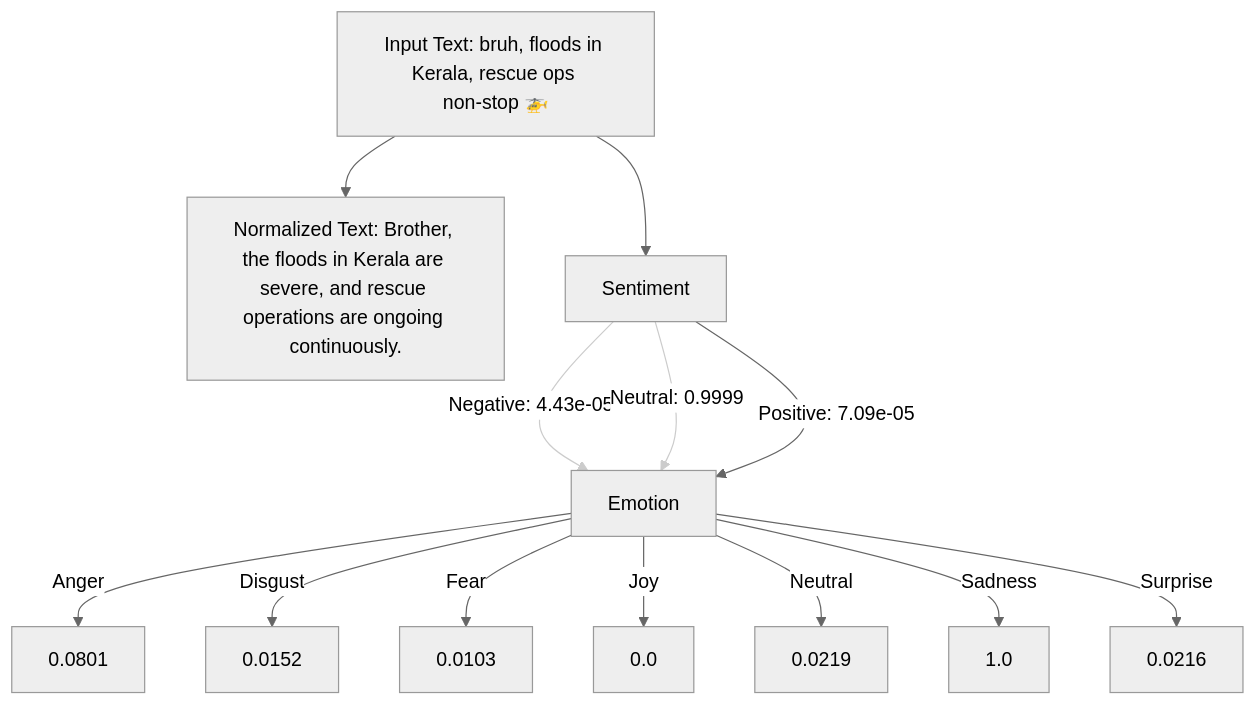
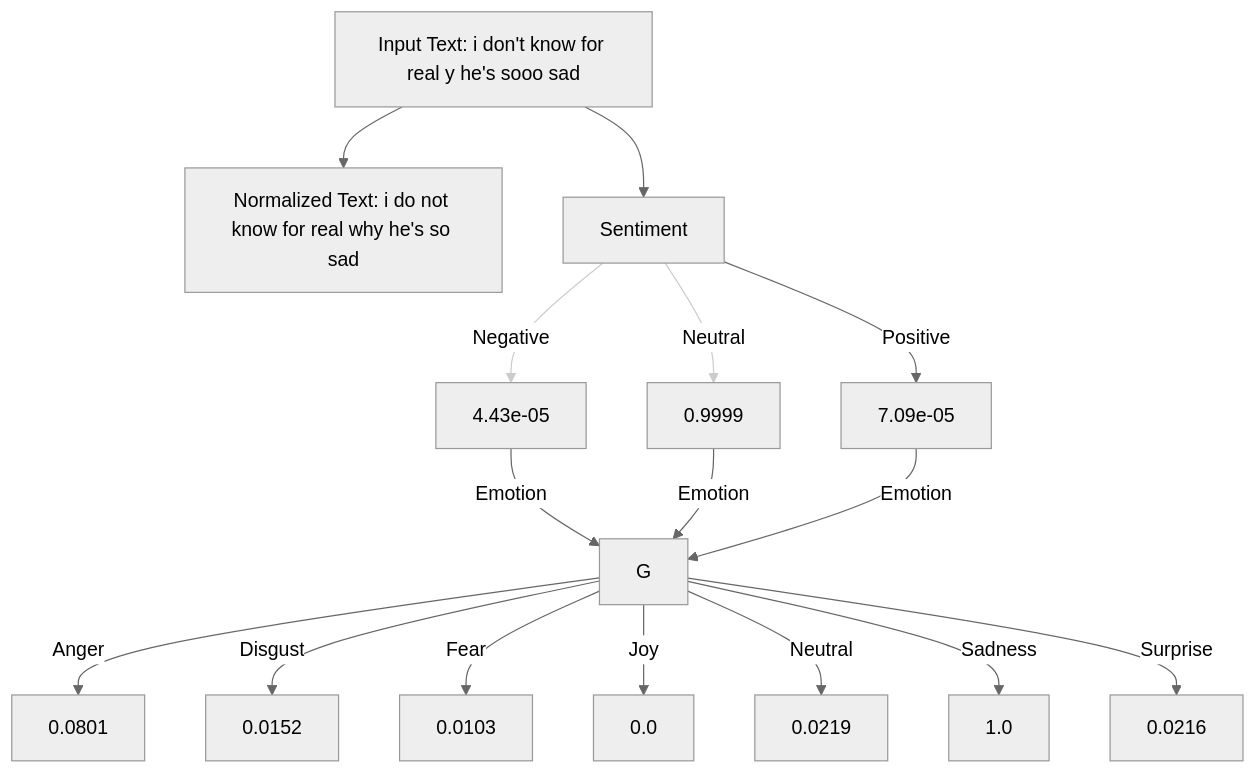
One commit to ArchismanKarmakar/Tachygraphy-Microtext-Analysis-And-Normalization changed the third of 3 diagrams in README.md. Above: the diagram before and after it, drawn with Mermaid (neutral theme). The commit also changed other lines of this file, not shown here.

````diff
--- a/README.md
+++ b/README.md
@@ -134,28 +151,40 @@
 ```mermaid
 graph TD;
-    A["Input Text: bruh, floods in Kerala, rescue ops non‑stop 🚁"]
-    B["Normalized Text: Brother, the floods in Kerala are severe, and rescue operations are ongoing continuously."]
+    %% Input and normalized text
+    A["Input Text: i don't know for real y he's sooo sad"]
+    B["Normalized Text: i do not know for real why he's so sad"]
+
+    %% Sentiment stage
     C["Sentiment"]
-    G["Emotion"]
-
+    
     A --> B
     A --> C
 
-    C -->|Negative: 4.43e-05| G
-    C -->|Neutral: 0.9999| G
-    C -->|Positive: 7.09e-05| G
+    %% Sentiment value nodes with values inside the box;
+    %% The arrow labels carry the category names.
+    C -->|Negative| D["4.43e-05"]
+    C -->|Neutral| E["0.9999"]
+    C -->|Positive| F["7.09e-05"]
 
+    %% All sentiment nodes feed into the Emotion stage.
+    D -->|Emotion| G
+    E -->|Emotion| G
+    F -->|Emotion| G
+
+    %% Emotion stage: arrows label the emotion category, nodes contain the numeric value.
     G -->|Anger| H["0.0801"]
     G -->|Disgust| I["0.0152"]
     G -->|Fear| J["0.0103"]
     G -->|Joy| K["0.0"]
     G -->|Neutral| L["0.0219"]
     G -->|Sadness| M["1.0"]
     G -->|Surprise| N["0.0216"]
 
-%% Style the edges from "Neutral" and "Positive" to "Emotion" with a lighter stroke
+%% Style the edges for lower-probability sentiment arrows with a lighter stroke
+%% (Assuming the second and third edges from C are "Neutral" and "Positive")
 linkStyle 2 stroke:#cccccc, stroke-width:1px;
 linkStyle 3 stroke:#cccccc, stroke-width:1px;
 
 
+
 ```
````
